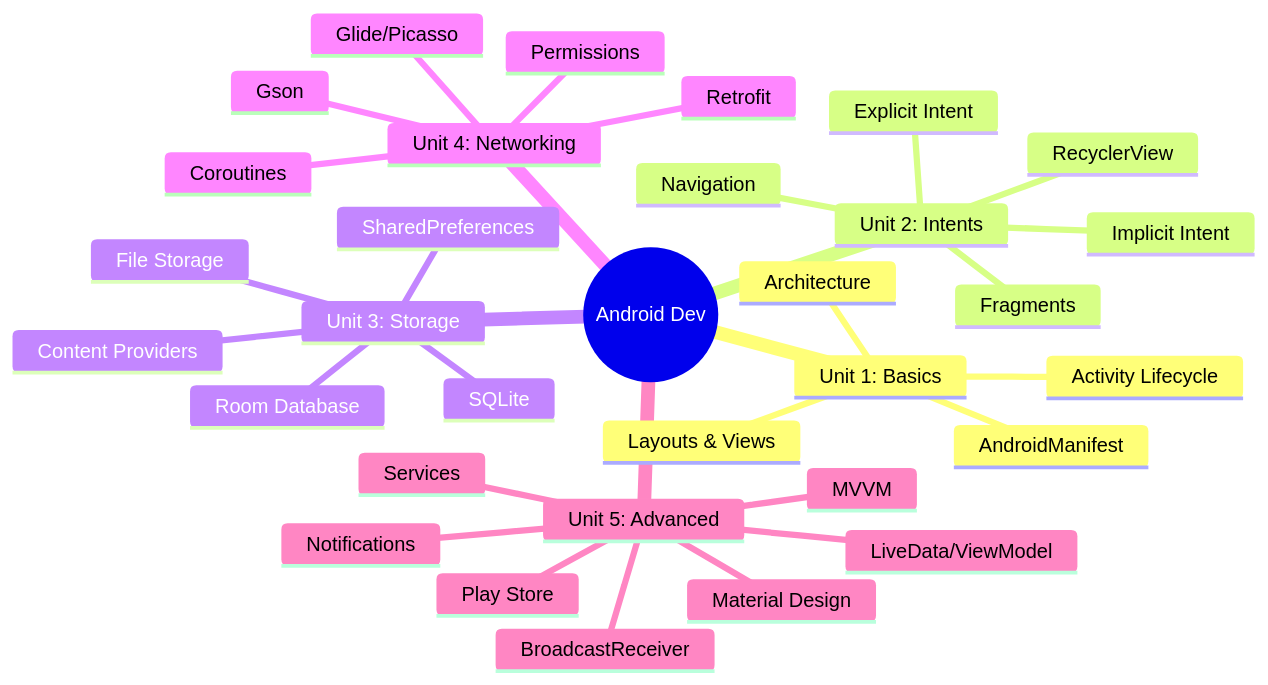
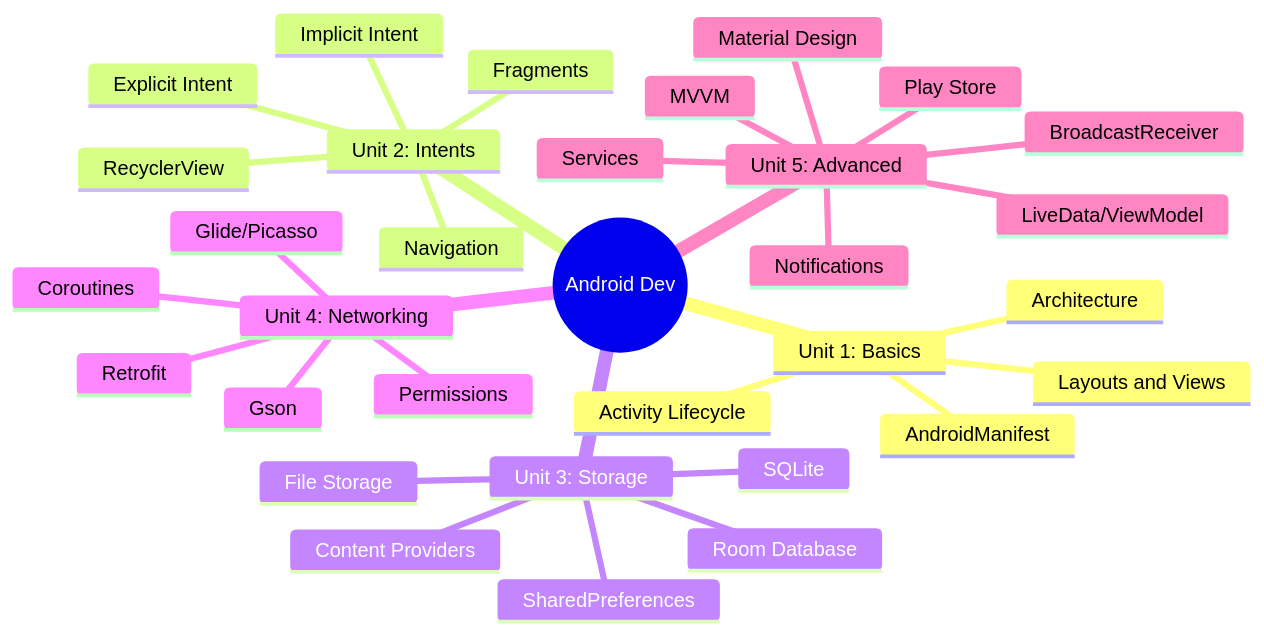
The first of 2 diagrams in 02-Semester-VI/CS-357-MJ-T-Android-Programming/Overview.md (amitdevx/TY), drawn with Mermaid before and after one commit. The commit also changed other lines of this file and 186 other files, not shown here.

````diff
--- a/02-Semester-VI/CS-357-MJ-T-Android-Programming/Overview.md
+++ b/02-Semester-VI/CS-357-MJ-T-Android-Programming/Overview.md
@@ -68,35 +70,35 @@
 ```mermaid
 mindmap
   root((Android Dev))
     Unit 1: Basics
       Architecture
       Activity Lifecycle
-      Layouts & Views
+      Layouts and Views
       AndroidManifest
     Unit 2: Intents
       Explicit Intent
       Implicit Intent
       Fragments
       RecyclerView
       Navigation
     Unit 3: Storage
       SharedPreferences
       SQLite
       Room Database
       File Storage
       Content Providers
     Unit 4: Networking
       Retrofit
       Gson
       Coroutines
       Glide/Picasso
       Permissions
     Unit 5: Advanced
       Services
       BroadcastReceiver
       Notifications
       MVVM
       LiveData/ViewModel
       Material Design
       Play Store
 ```
````
